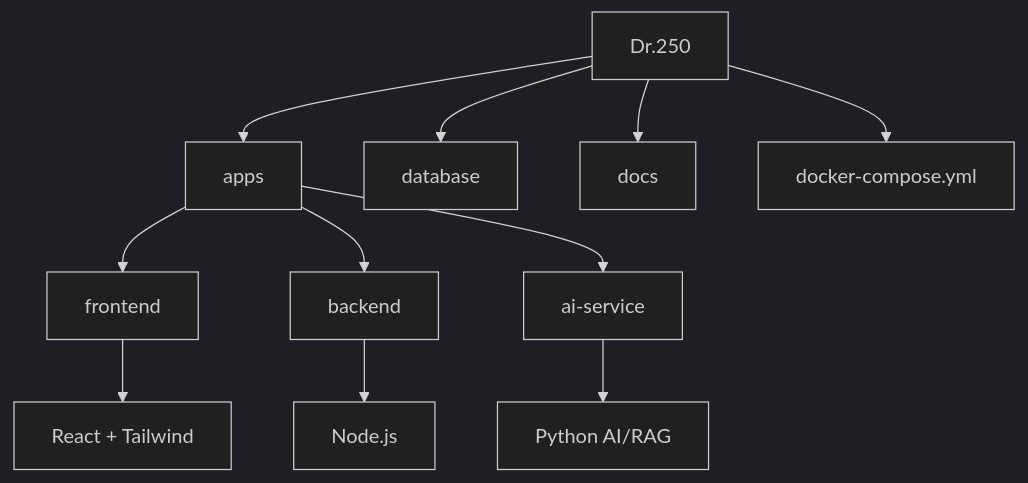
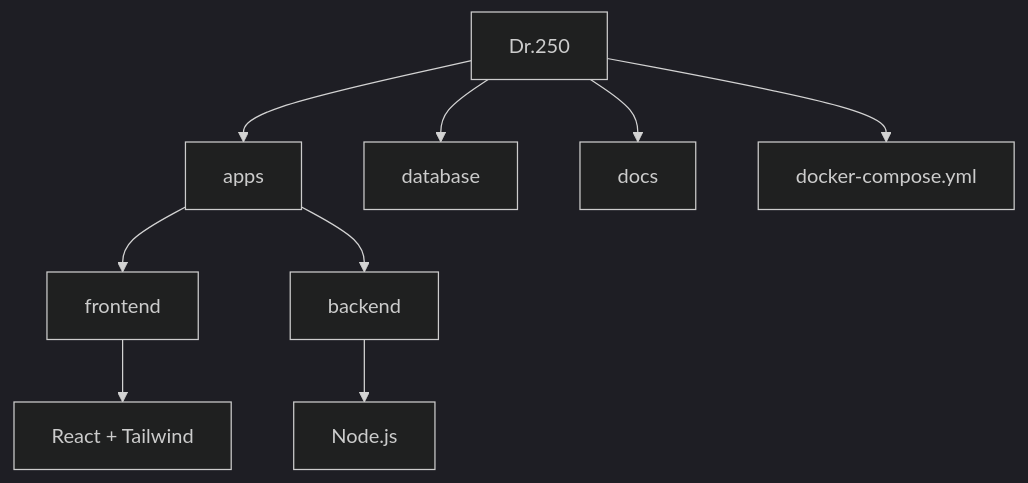
Before and after one commit to rdsne-08/Dr.250: the fourth of 4 diagrams in README.md, drawn with Mermaid (dark theme). The commit also changed other lines of this file and 39 other files, not shown here.

````diff
--- a/README.md
+++ b/README.md
@@ -329,25 +251,23 @@
 ```mermaid
 flowchart TD
 
 ROOT[Dr.250]
 
 ROOT --> APPS[apps]
 
 APPS --> FRONTEND[frontend]
 
 APPS --> BACKEND[backend]
 
-APPS --> AI_SERVICE[ai-service]
 
 FRONTEND --> REACT[React + Tailwind]
 
 BACKEND --> NODE[Node.js]
 
-AI_SERVICE --> PYTHON[Python AI/RAG]
 
 ROOT --> DATABASE[database]
 
 ROOT --> DOCS[docs]
 
 ROOT --> DOCKER[docker-compose.yml]
 ```
````
